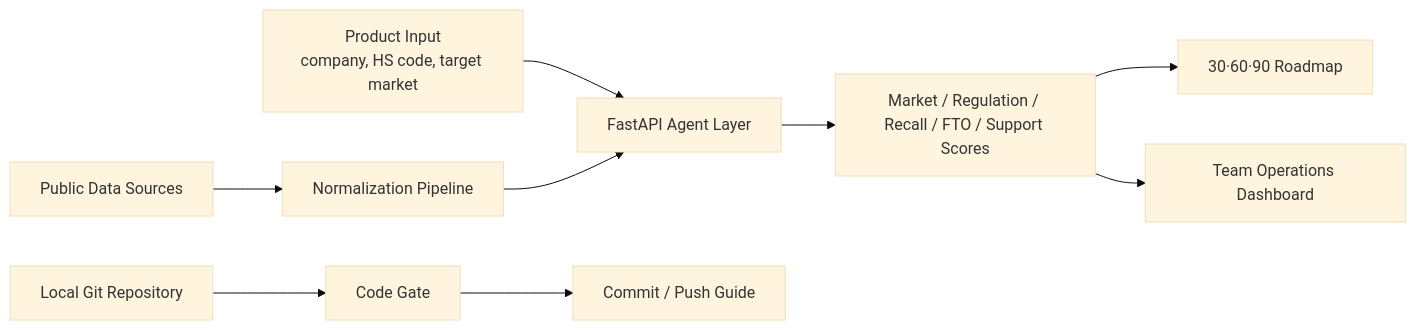
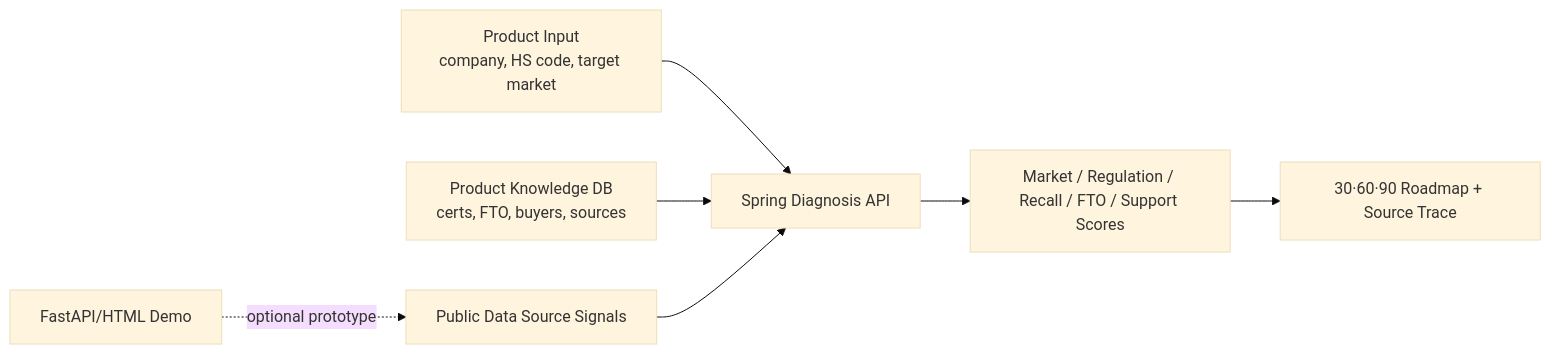
The diagram in README.md (jisu217/grow-gate-local-ex), drawn with Mermaid (base theme) before and after one commit. The commit also changed other lines of this file and 83 other files, not shown here.

````diff
--- a/README.md
+++ b/README.md
@@ -169,11 +198,10 @@
 ```mermaid
 flowchart LR
-  A["Product Input<br/>company, HS code, target market"] --> B["FastAPI Agent Layer"]
-  C["Public Data Sources"] --> D["Normalization Pipeline"]
-  D --> B
-  B --> E["Market / Regulation / Recall / FTO / Support Scores"]
-  E --> F["30·60·90 Roadmap"]
-  E --> G["Team Operations Dashboard"]
-  H["Local Git Repository"] --> I["Code Gate"]
-  I --> J["Commit / Push Guide"]
+  A["Product Input<br/>company, HS code, target market"]
+  A --> S["Spring Diagnosis API"]
+  K["Product Knowledge DB<br/>certs, FTO, buyers, sources"] --> S
+  C["Public Data Source Signals"] --> S
+  S --> E["Market / Regulation / Recall / FTO / Support Scores"]
+  E --> F["30·60·90 Roadmap + Source Trace"]
+  D["FastAPI/HTML Demo"] -. optional prototype .-> C
 ```
````
